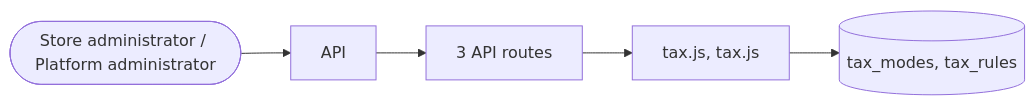
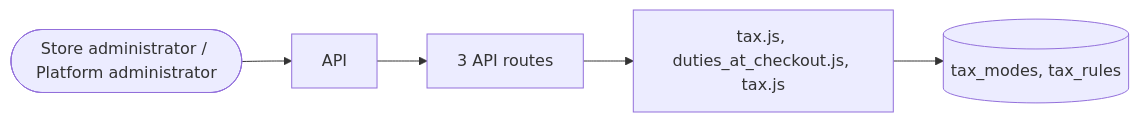
The diagram in docs/domains/tax.md (echelonxventures-Projects/universal-product), drawn with Mermaid before and after one commit. The commit also changed other lines of this file and 67 other files, not shown here.

````diff
--- a/docs/domains/tax.md
+++ b/docs/domains/tax.md
@@ -57,8 +66,8 @@
 ```mermaid
 flowchart LR
   U([Store administrator / Platform administrator]) --> UI[API]
   UI --> API[3 API routes]
-  API --> ENG[tax.js, tax.js]
+  API --> ENG[tax.js, duties_at_checkout.js, tax.js]
   ENG --> DB[(tax_modes, tax_rules)]
 
 ```
````
